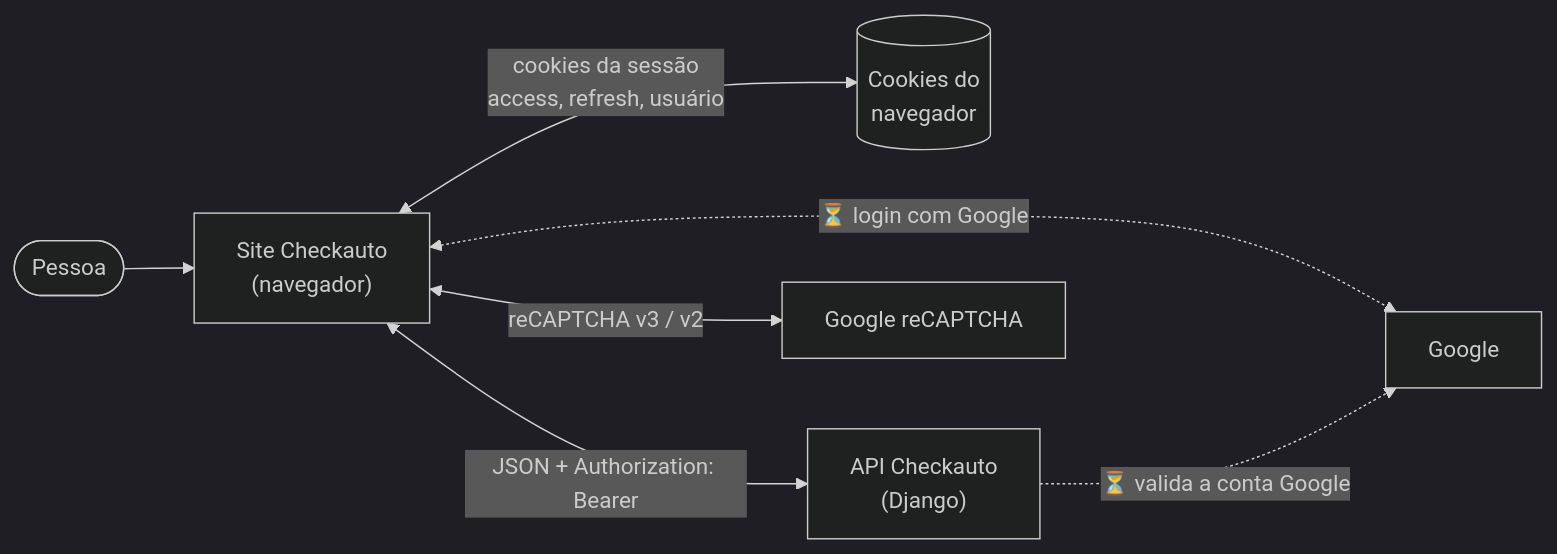
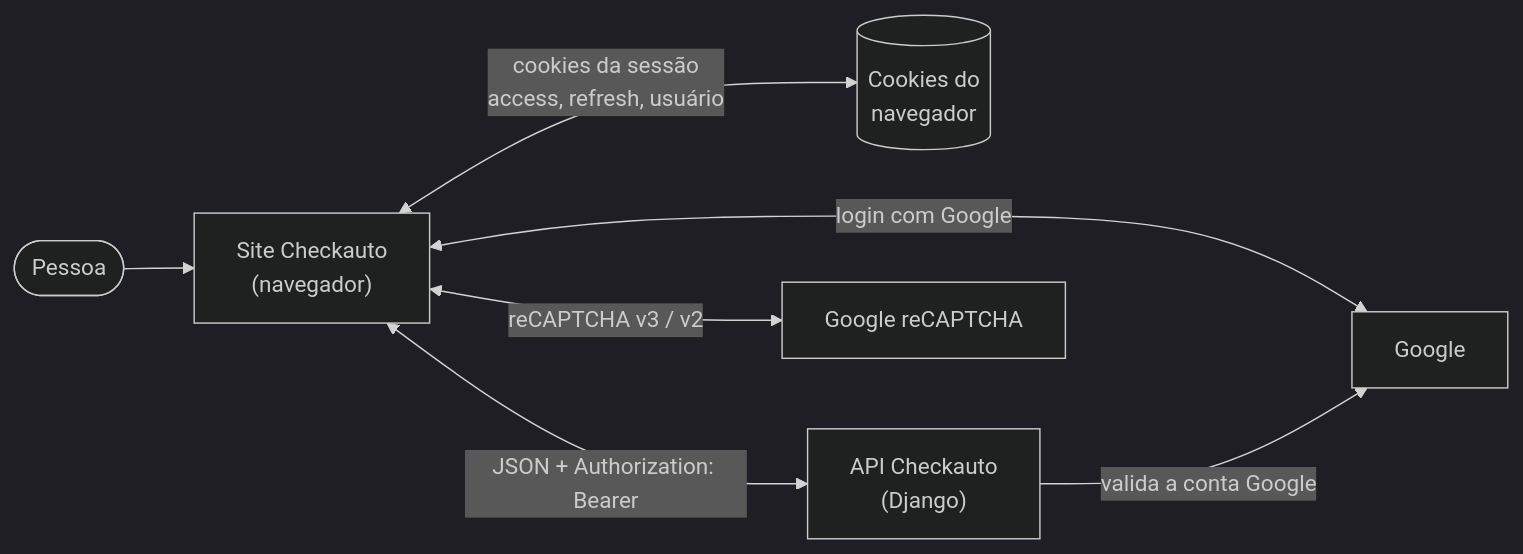
One commit to vinicius-fernandes-checkauto/checkauto-site changed the first of 10 diagrams in docs/fluxo-auth.md. Above: the diagram before and after it, drawn with Mermaid (dark theme). The commit also changed other lines of this file and 23 other files, not shown here.

````diff
--- a/docs/fluxo-auth.md
+++ b/docs/fluxo-auth.md
@@ -14,9 +14,9 @@
 ```mermaid
 flowchart LR
     P(["Pessoa"]) --> S["Site Checkauto<br/>(navegador)"]
     S <-->|"cookies da sessão<br/>access, refresh, usuário"| C[("Cookies do<br/>navegador")]
     S <-->|"JSON + Authorization: Bearer"| A["API Checkauto<br/>(Django)"]
     S <-->|"reCAPTCHA v3 / v2"| R["Google reCAPTCHA"]
-    S <-.->|"⏳ login com Google"| G["Google"]
-    A -.->|"⏳ valida a conta Google"| G
+    S <-->|"login com Google"| G["Google"]
+    A -->|"valida a conta Google"| G
 ```
````
